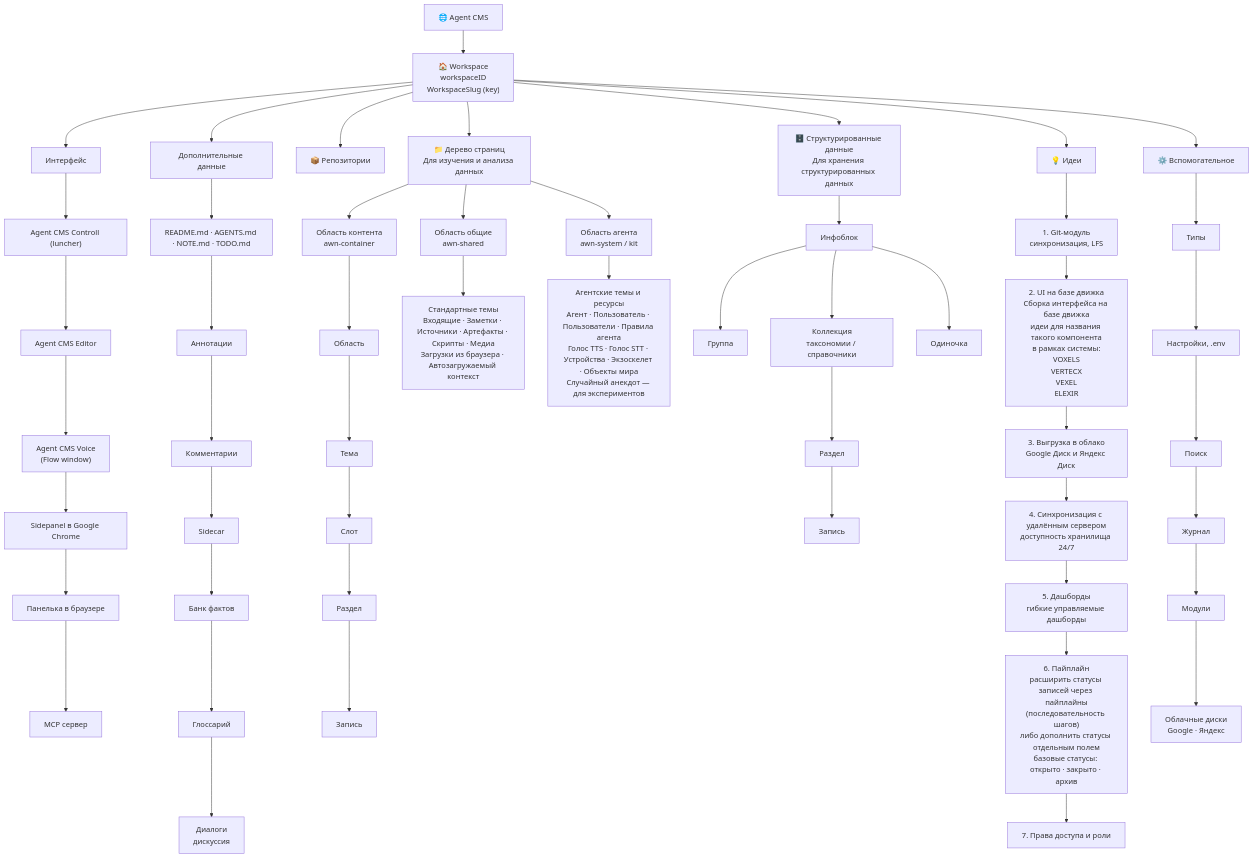
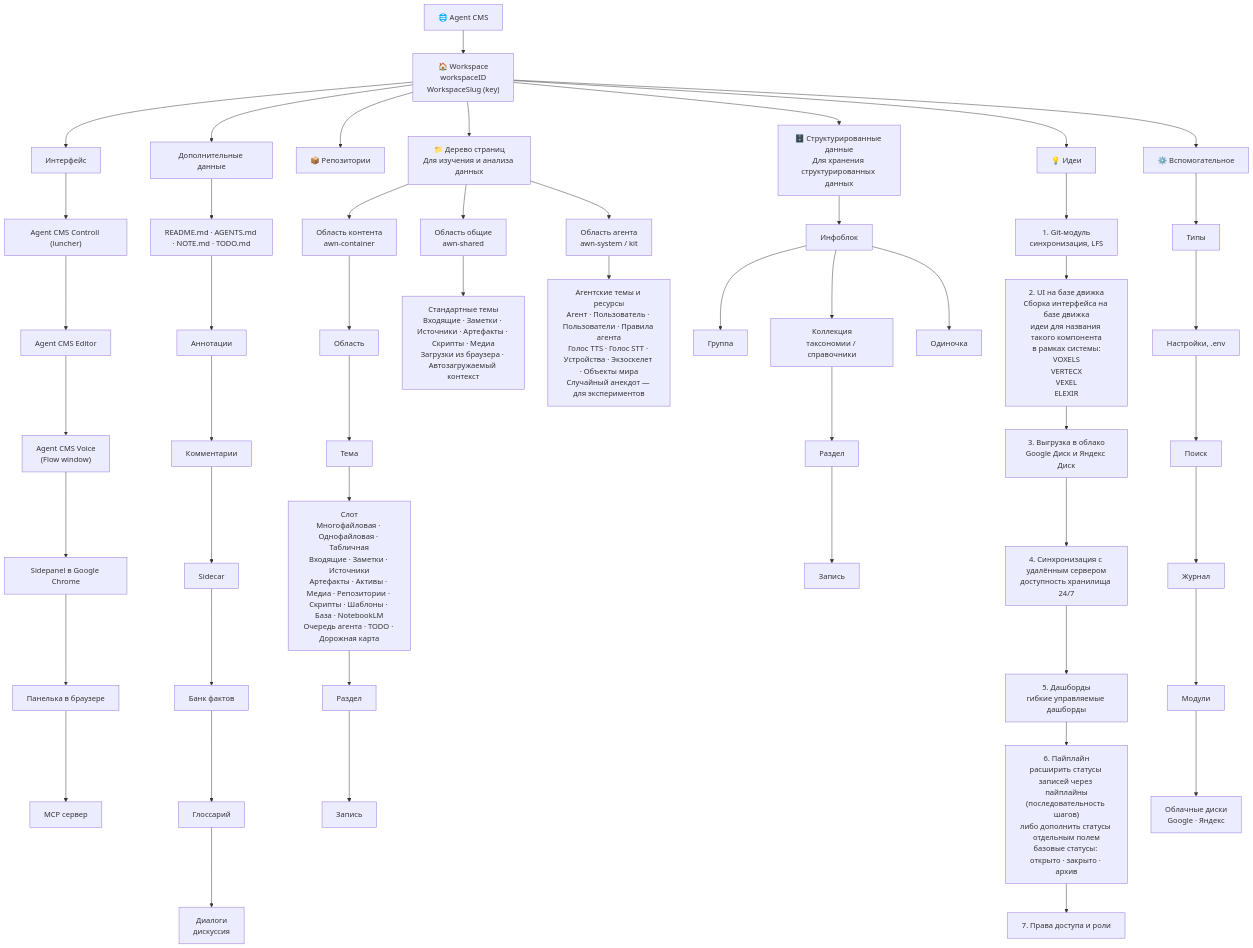
The diagram in README.diagram.md (iv-litovchenko/AgentCMS), drawn with Mermaid before and after one commit.

Commit message:
Update README.diagram.md to enhance slot descriptions in flowchart
- Modified the C_TOPIC node to include detailed descriptions for the C_SLOT, providing clarity on file types and categories such as Multi-file, Single-file, Tabular, Incoming, Notes, Sources, Artifacts, Assets, Media, Repositories, Scripts, Templates, Base, NotebookLM, Agent Queue, TODO, and Roadmap.

````diff
--- a/README.diagram.md
+++ b/README.diagram.md
@@ -3,67 +3,67 @@
 ```mermaid
 flowchart TD
     CMS["🌐 Agent CMS"]
     WS["🏠 Workspace<br/>workspaceID<br/>WorkspaceSlug (key)"]
 
     CMS --> WS
     WS --> TREE["📁 Дерево страниц<br/>Для изучения и анализа данных"]
     WS --> DATA["🗄️ Структурированные данные<br/>Для хранения структурированных данных"]
     WS --> REPOS["📦 Репозитории"]
     WS --> EXTRA_DATA["Дополнительные данные"]
     WS --> UI["Интерфейс"]
     WS --> AUX["⚙️ Вспомогательное"]
     WS --> IDEAS["💡 Идеи"]
 
     UI --> UI_CONTROL["Agent CMS Controll (luncher)"]
     UI_CONTROL --> UI_EDITOR["Agent CMS Editor"]
     UI_EDITOR --> UI_VOICE["Agent CMS Voice<br/>(Flow window)"]
     UI_VOICE --> UI_SIDEPANEL["Sidepanel в Google Chrome"]
     UI_SIDEPANEL --> UI_PANEL["Панелька в браузере"]
     UI_PANEL --> UI_MCP["MCP сервер"]
 
     IDEAS --> IDEA1["1. Git-модуль<br/>синхронизация, LFS"]
     IDEA1 --> IDEA2["2. UI на базе движка<br/>Сборка интерфейса на базе движка<br/>идеи для названия такого компонента<br/>в рамках системы:<br/>VOXELS<br/>VERTECX<br/>VEXEL<br/>ELEXIR"]
     IDEA2 --> IDEA3["3. Выгрузка в облако<br/>Google Диск и Яндекс Диск"]
     IDEA3 --> IDEA4["4. Синхронизация с удалённым сервером<br/>доступность хранилища 24/7"]
     IDEA4 --> IDEA5["5. Дашборды<br/>гибкие управляемые дашборды"]
     IDEA5 --> IDEA6["6. Пайплайн<br/>расширить статусы записей через пайплайны<br/>(последовательность шагов)<br/>либо дополнить статусы отдельным полем<br/>базовые статусы: открыто · закрыто · архив"]
     IDEA6 --> IDEA7["7. Права доступа и роли"]
 
     TREE --> SHARED_AREA["Область общие<br/>awn-shared"]
     TREE --> CONTENT_AREA["Область контента<br/>awn-container"]
     TREE --> AGENT_AREA["Область агента<br/>awn-system / kit"]
 
     CONTENT_AREA --> C_AREA["Область"]
     C_AREA --> C_TOPIC["Тема"]
-    C_TOPIC --> C_SLOT["Слот"]
+    C_TOPIC --> C_SLOT["Слот<br/>Многофайловая · Однофайловая · Табличная<br/>Входящие · Заметки · Источники<br/>Артефакты · Активы · Медиа · Репозитории · Скрипты · Шаблоны · База · NotebookLM<br/>Очередь агента · TODO · Дорожная карта"]
     C_SLOT --> C_SECTION["Раздел"]
     C_SECTION --> C_PAGE["Запись"]
 
     SHARED_AREA --> SHARED_THEMES["Стандартные темы<br/>Входящие · Заметки · Источники · Артефакты · Скрипты · Медиа<br/>Загрузки из браузера · Автозагружаемый контекст"]
 
     AGENT_AREA --> AGENT_SVC["Агентские темы и ресурсы<br/>Агент · Пользователь · Пользователи · Правила агента<br/>Голос TTS · Голос STT · Устройства · Экзоскелет · Объекты мира<br/>Случайный анекдот — для экспериментов"]
 
     DATA --> IBLOCK["Инфоблок"]
     IBLOCK --> GROUP["Группа"]
     IBLOCK --> COLLECTION["Коллекция<br/>таксономии / справочники"]
     IBLOCK --> SINGLE["Одиночка"]
     COLLECTION --> DATA_SECTION["Раздел"]
     DATA_SECTION --> RECORD["Запись"]
 
     EXTRA_DATA --> BOARD["README.md · AGENTS.md · NOTE.md · TODO.md"]
     BOARD --> ANNOT["Аннотации"]
     ANNOT --> ANNOT_COMMENTS["Комментарии"]
     ANNOT_COMMENTS --> ANNOT_SIDECAR["Sidecar"]
     ANNOT_SIDECAR --> FACT_BANK["Банк фактов"]
     FACT_BANK --> GLOSSARY["Глоссарий"]
     GLOSSARY --> EXTRA_DIALOGS["Диалоги<br/>дискуссия"]
 
     AUX --> AUX_TYPES["Типы"]
     AUX_TYPES --> SETTINGS["Настройки, .env"]
     SETTINGS --> SEARCH["Поиск"]
     SEARCH --> AUX_JOURNAL["Журнал"]
     AUX_JOURNAL --> MODULES["Модули"]
     MODULES --> CLOUD_DISKS["Облачные диски<br/>Google · Яндекс"]
 
     click CMS href "https://agent-cms.ru/" "Открыть сайт Agent CMS"
 ```
````
